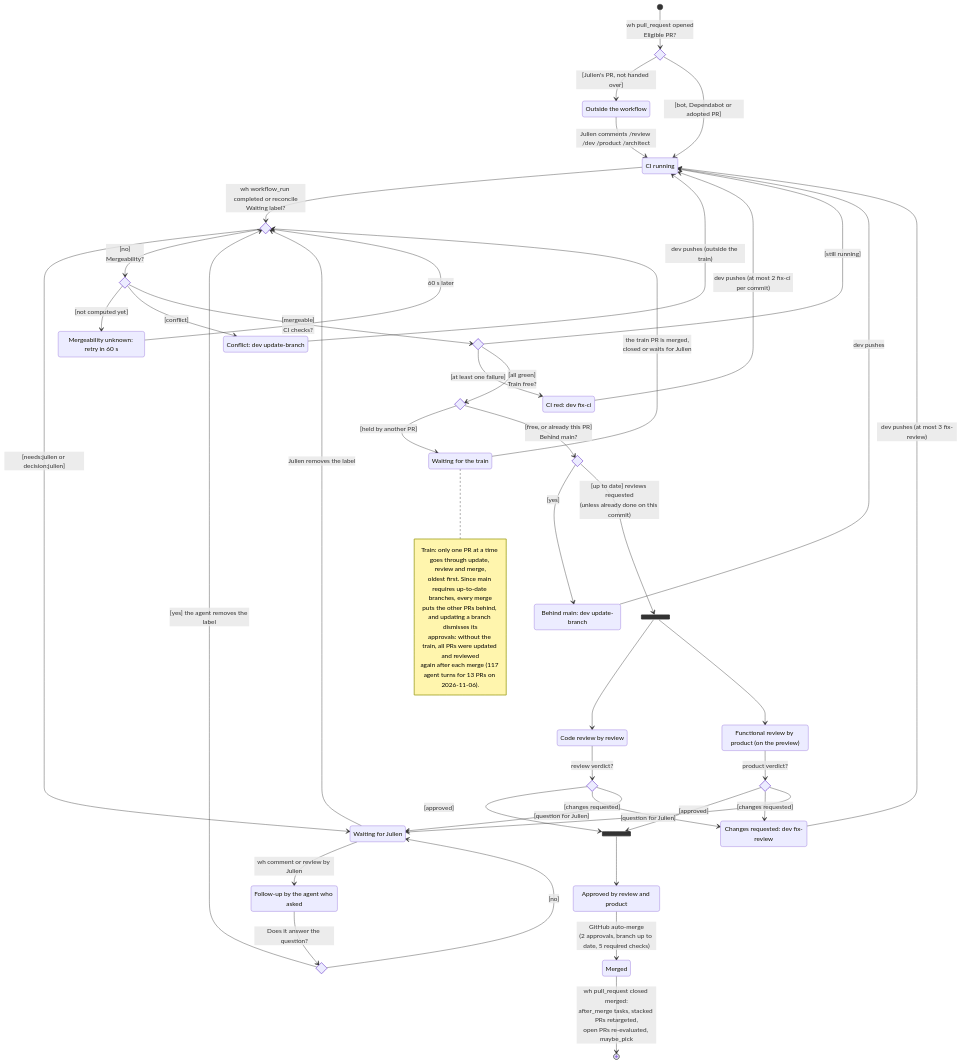
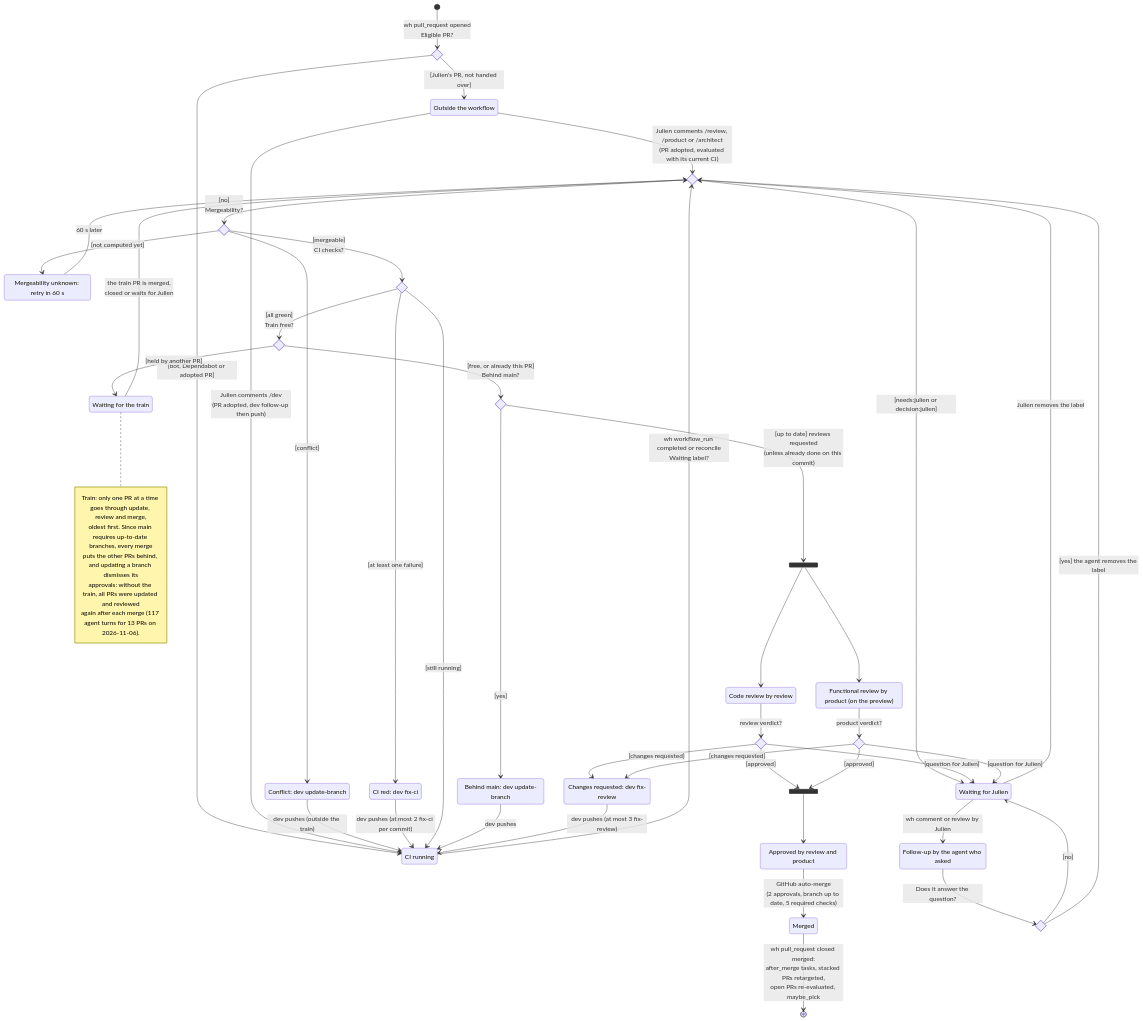
Before and after one commit to BarbeRouss/HouseFlow: the first of 3 diagrams in docs/architecture/hf-dispatch-states.md, drawn with Mermaid. The commit also changed other lines of this file, not shown here.

Commit message:
docs(architecture): target issue lifecycle v2, labels, comment routing, priority, at-least-once delivery

```diff
--- a/docs/architecture/hf-dispatch-states.md
+++ b/docs/architecture/hf-dispatch-states.md
@@ -50,7 +50,8 @@
     [*] --> cEligible: wh pull_request opened<br/>Eligible PR?
     cEligible --> NotEligible: [Julien's PR, not handed over]
     cEligible --> CiRunning: [bot, Dependabot or adopted PR]
-    NotEligible --> CiRunning: Julien comments /review /dev /product /architect
+    NotEligible --> cWait: Julien comments /review, /product or /architect<br/>(PR adopted, evaluated with its current CI)
+    NotEligible --> CiRunning: Julien comments /dev<br/>(PR adopted, dev follow-up then push)
 
     CiRunning --> cWait: wh workflow_run completed or reconcile<br/>Waiting label?
     cWait --> WaitingJulien: [needs:julien or decision:julien]
```
